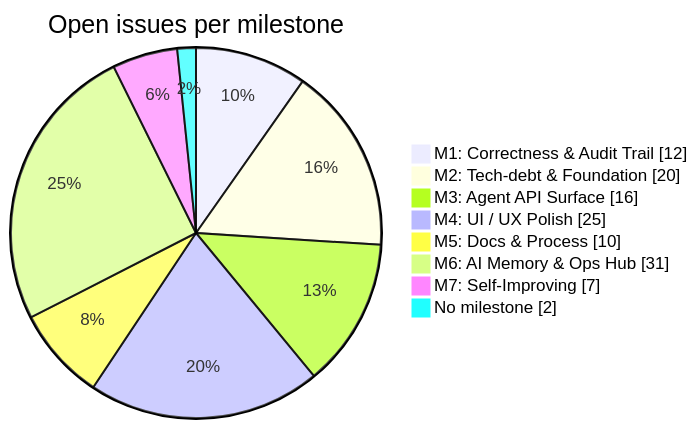
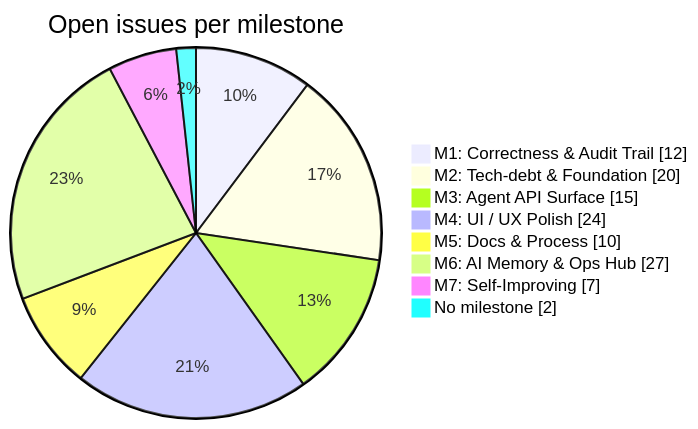
The diagram in docs/BACKLOG.md (joelfuller2016/KanbanFlow-v2), drawn with Mermaid before and after one commit. The commit also changed other lines of this file and 2 other files, not shown here.

````diff
--- a/docs/BACKLOG.md
+++ b/docs/BACKLOG.md
@@ -44,12 +44,12 @@
 ```mermaid
 pie showData
     title Open issues per milestone
     "M1: Correctness & Audit Trail" : 12
     "M2: Tech-debt & Foundation" : 20
-    "M3: Agent API Surface" : 16
-    "M4: UI / UX Polish" : 25
+    "M3: Agent API Surface" : 15
+    "M4: UI / UX Polish" : 24
     "M5: Docs & Process" : 10
-    "M6: AI Memory & Ops Hub" : 31
+    "M6: AI Memory & Ops Hub" : 27
     "M7: Self-Improving" : 7
     "No milestone" : 2
 ```
````
